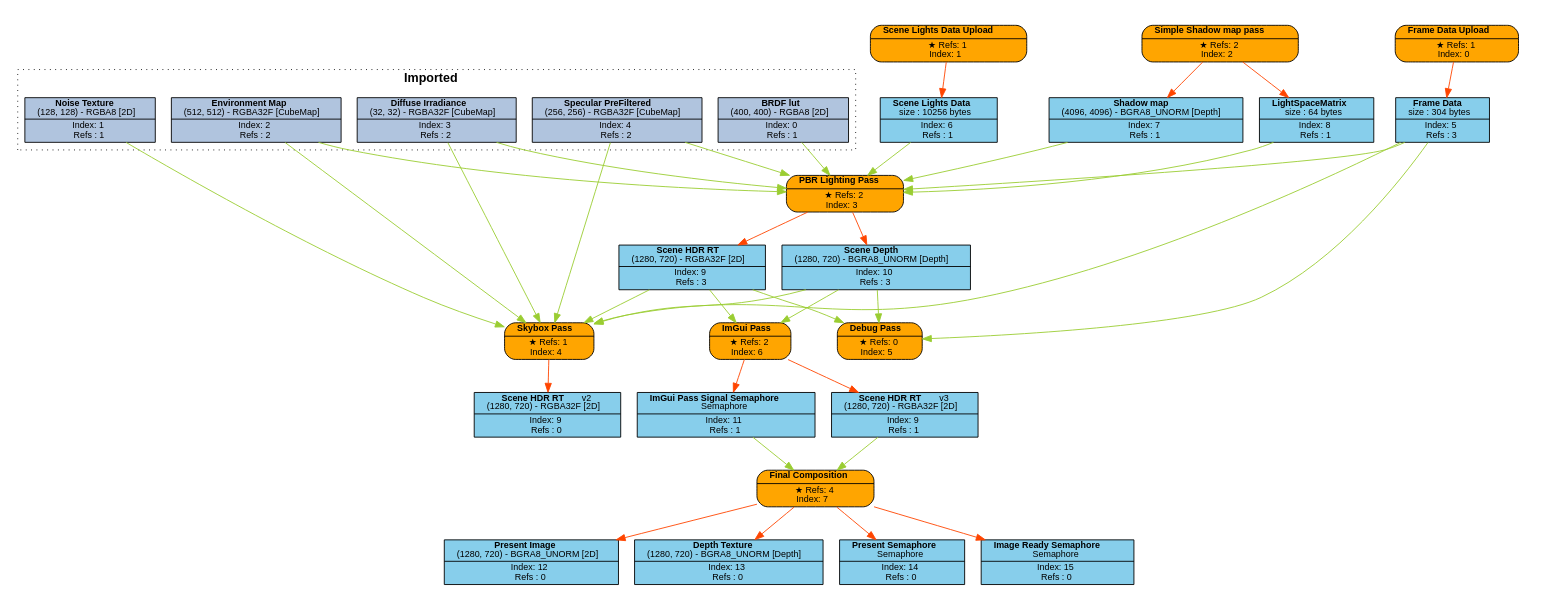
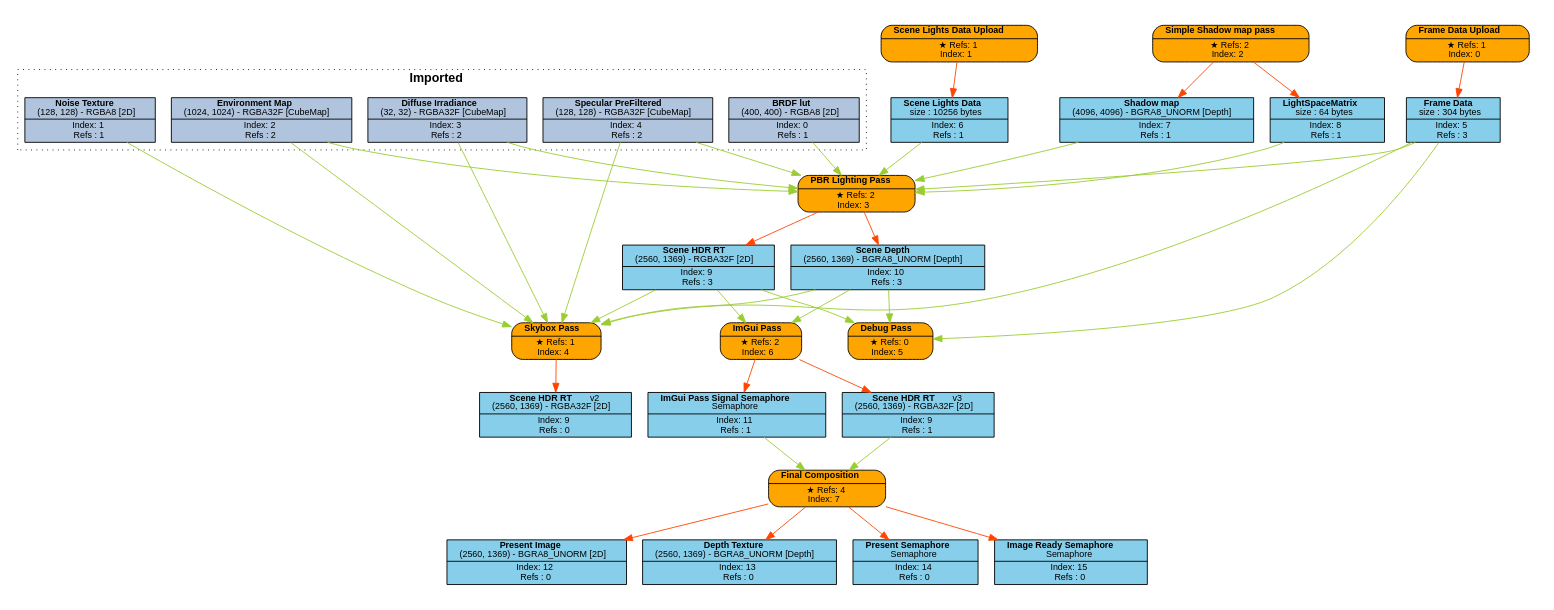
The diagram in Engine/content/FrameGraphs/pbr_lighting_test.dot (Pikachuxxxx/Razix), drawn with Graphviz before and after one commit. The commit also changed 9 other files, not shown here.

```diff
--- a/Engine/content/FrameGraphs/pbr_lighting_test.dot
+++ b/Engine/content/FrameGraphs/pbr_lighting_test.dot
@@ -1,91 +1,91 @@
 digraph FrameGraph {
 graph [style=invis, rankdir="TB" ordering=out, splines=spline]
 node [shape=record, fontname="helvetica", fontsize=10, margin="0.2,0.03"]
 
 P0 [label=<{ {<B>Frame Data Upload</B>} | {&#x2605; Refs: 1<BR/> Index: 0} }> style="rounded,filled", fillcolor=orange]
 P1 [label=<{ {<B>Scene Lights Data Upload</B>} | {&#x2605; Refs: 1<BR/> Index: 1} }> style="rounded,filled", fillcolor=orange]
 P2 [label=<{ {<B>Simple Shadow map pass</B>} | {&#x2605; Refs: 2<BR/> Index: 2} }> style="rounded,filled", fillcolor=orange]
 P3 [label=<{ {<B>PBR Lighting Pass</B>} | {&#x2605; Refs: 2<BR/> Index: 3} }> style="rounded,filled", fillcolor=orange]
 P4 [label=<{ {<B>Skybox Pass</B>} | {&#x2605; Refs: 1<BR/> Index: 4} }> style="rounded,filled", fillcolor=orange]
 P5 [label=<{ {<B>Debug Pass</B>} | {&#x2605; Refs: 0<BR/> Index: 5} }> style="rounded,filled", fillcolor=orange]
 P6 [label=<{ {<B>ImGui Pass</B>} | {&#x2605; Refs: 2<BR/> Index: 6} }> style="rounded,filled", fillcolor=orange]
 P7 [label=<{ {<B>Final Composition</B>} | {&#x2605; Refs: 4<BR/> Index: 7} }> style="rounded,filled", fillcolor=orange]
 
 R0_1 [label=<{ {<B>BRDF lut</B><BR/>(400, 400) - RGBA8 [2D]} | {Index: 0<BR/>Refs : 1} }> style=filled, fillcolor=lightsteelblue]
 R1_1 [label=<{ {<B>Noise Texture</B><BR/>(128, 128) - RGBA8 [2D]} | {Index: 1<BR/>Refs : 1} }> style=filled, fillcolor=lightsteelblue]
-R2_1 [label=<{ {<B>Environment Map</B><BR/>(512, 512) - RGBA32F [CubeMap]} | {Index: 2<BR/>Refs : 2} }> style=filled, fillcolor=lightsteelblue]
+R2_1 [label=<{ {<B>Environment Map</B><BR/>(1024, 1024) - RGBA32F [CubeMap]} | {Index: 2<BR/>Refs : 2} }> style=filled, fillcolor=lightsteelblue]
 R3_1 [label=<{ {<B>Diffuse Irradiance</B><BR/>(32, 32) - RGBA32F [CubeMap]} | {Index: 3<BR/>Refs : 2} }> style=filled, fillcolor=lightsteelblue]
-R4_1 [label=<{ {<B>Specular PreFiltered</B><BR/>(256, 256) - RGBA32F [CubeMap]} | {Index: 4<BR/>Refs : 2} }> style=filled, fillcolor=lightsteelblue]
+R4_1 [label=<{ {<B>Specular PreFiltered</B><BR/>(128, 128) - RGBA32F [CubeMap]} | {Index: 4<BR/>Refs : 2} }> style=filled, fillcolor=lightsteelblue]
 R5_1 [label=<{ {<B>Frame Data</B><BR/>size : 304 bytes} | {Index: 5<BR/>Refs : 3} }> style=filled, fillcolor=skyblue]
 R6_1 [label=<{ {<B>Scene Lights Data</B><BR/>size : 10256 bytes} | {Index: 6<BR/>Refs : 1} }> style=filled, fillcolor=skyblue]
 R7_1 [label=<{ {<B>Shadow map</B><BR/>(4096, 4096) - BGRA8_UNORM [Depth]} | {Index: 7<BR/>Refs : 1} }> style=filled, fillcolor=skyblue]
 R8_1 [label=<{ {<B>LightSpaceMatrix</B><BR/>size : 64 bytes} | {Index: 8<BR/>Refs : 1} }> style=filled, fillcolor=skyblue]
-R9_1 [label=<{ {<B>Scene HDR RT</B><BR/>(1280, 720) - RGBA32F [2D]} | {Index: 9<BR/>Refs : 3} }> style=filled, fillcolor=skyblue]
-R10_1 [label=<{ {<B>Scene Depth</B><BR/>(1280, 720) - BGRA8_UNORM [Depth]} | {Index: 10<BR/>Refs : 3} }> style=filled, fillcolor=skyblue]
-R9_2 [label=<{ {<B>Scene HDR RT</B>   <FONT>v2</FONT><BR/>(1280, 720) - RGBA32F [2D]} | {Index: 9<BR/>Refs : 0} }> style=filled, fillcolor=skyblue]
+R9_1 [label=<{ {<B>Scene HDR RT</B><BR/>(2560, 1369) - RGBA32F [2D]} | {Index: 9<BR/>Refs : 3} }> style=filled, fillcolor=skyblue]
+R10_1 [label=<{ {<B>Scene Depth</B><BR/>(2560, 1369) - BGRA8_UNORM [Depth]} | {Index: 10<BR/>Refs : 3} }> style=filled, fillcolor=skyblue]
+R9_2 [label=<{ {<B>Scene HDR RT</B>   <FONT>v2</FONT><BR/>(2560, 1369) - RGBA32F [2D]} | {Index: 9<BR/>Refs : 0} }> style=filled, fillcolor=skyblue]
 R11_1 [label=<{ {<B>ImGui Pass Signal Semaphore</B><BR/>Semaphore} | {Index: 11<BR/>Refs : 1} }> style=filled, fillcolor=skyblue]
-R9_3 [label=<{ {<B>Scene HDR RT</B>   <FONT>v3</FONT><BR/>(1280, 720) - RGBA32F [2D]} | {Index: 9<BR/>Refs : 1} }> style=filled, fillcolor=skyblue]
-R12_1 [label=<{ {<B>Present Image</B><BR/>(1280, 720) - BGRA8_UNORM [2D]} | {Index: 12<BR/>Refs : 0} }> style=filled, fillcolor=skyblue]
-R13_1 [label=<{ {<B>Depth Texture</B><BR/>(1280, 720) - BGRA8_UNORM [Depth]} | {Index: 13<BR/>Refs : 0} }> style=filled, fillcolor=skyblue]
+R9_3 [label=<{ {<B>Scene HDR RT</B>   <FONT>v3</FONT><BR/>(2560, 1369) - RGBA32F [2D]} | {Index: 9<BR/>Refs : 1} }> style=filled, fillcolor=skyblue]
+R12_1 [label=<{ {<B>Present Image</B><BR/>(2560, 1369) - BGRA8_UNORM [2D]} | {Index: 12<BR/>Refs : 0} }> style=filled, fillcolor=skyblue]
+R13_1 [label=<{ {<B>Depth Texture</B><BR/>(2560, 1369) - BGRA8_UNORM [Depth]} | {Index: 13<BR/>Refs : 0} }> style=filled, fillcolor=skyblue]
 R14_1 [label=<{ {<B>Present Semaphore</B><BR/>Semaphore} | {Index: 14<BR/>Refs : 0} }> style=filled, fillcolor=skyblue]
 R15_1 [label=<{ {<B>Image Ready Semaphore</B><BR/>Semaphore} | {Index: 15<BR/>Refs : 0} }> style=filled, fillcolor=skyblue]
 
 P0 -> { R5_1 } [color=orangered]
 P1 -> { R6_1 } [color=orangered]
 P2 -> { R7_1 R8_1 } [color=orangered]
 P3 -> { R9_1 R10_1 } [color=orangered]
 P4 -> { R9_2 } [color=orangered]
 P5 -> { } [color=orangered]
 P6 -> { R9_3 R11_1 } [color=orangered]
 P7 -> { R12_1 R13_1 R14_1 R15_1 } [color=orangered]
 
 R0_1 -> { P3 } [color=olivedrab3]
 R1_1 -> { P4 } [color=olivedrab3]
 R2_1 -> { P3 P4 } [color=olivedrab3]
 R3_1 -> { P3 P4 } [color=olivedrab3]
 R4_1 -> { P3 P4 } [color=olivedrab3]
 R5_1 -> { P3 P4 P5 } [color=olivedrab3]
 R6_1 -> { P3 } [color=olivedrab3]
 R7_1 -> { P3 } [color=olivedrab3]
 R8_1 -> { P3 } [color=olivedrab3]
 R9_1 -> { P4 P5 P6 } [color=olivedrab3]
 R10_1 -> { P4 P5 P6 } [color=olivedrab3]
 R9_2 -> { } [color=olivedrab3]
 R11_1 -> { P7 } [color=olivedrab3]
 R9_3 -> { P7 } [color=olivedrab3]
 R12_1 -> { } [color=olivedrab3]
 R13_1 -> { } [color=olivedrab3]
 R14_1 -> { } [color=olivedrab3]
 R15_1 -> { } [color=olivedrab3]
 
 subgraph cluster_0 {
 P0 R5_1 
 }
 subgraph cluster_1 {
 P1 R6_1 
 }
 subgraph cluster_2 {
 P2 R7_1 R8_1 
 }
 subgraph cluster_3 {
 P3 R9_1 R10_1 
 }
 subgraph cluster_4 {
 P4 
 }
 subgraph cluster_5 {
 P5 
 }
 subgraph cluster_6 {
 P6 R11_1 
 }
 subgraph cluster_7 {
 P7 R12_1 R13_1 R14_1 R15_1 
 }
 
 subgraph cluster_imported_resources {
 graph [style=dotted, fontname="helvetica", label=< <B>Imported</B> >]
 R0_1 R1_1 R2_1 R3_1 R4_1 
 }
 
 }
```
